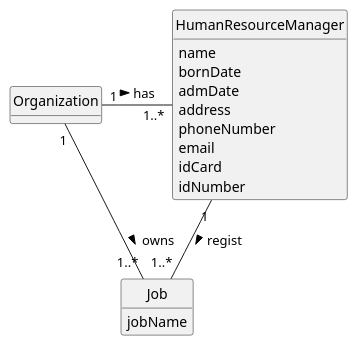
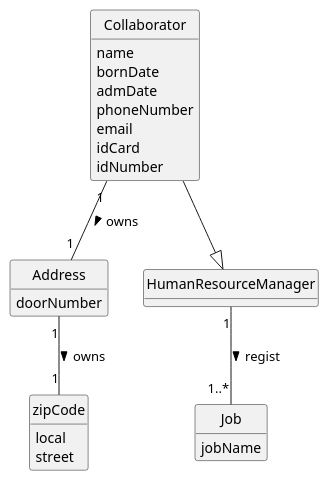
The diagram in docs/sprint2/us002/02.analysis/puml/us002-domain-model.puml (1231360-ISEP/lei-24-s2-1db-g021), drawn with PlantUML before and after one commit. The commit also changed 1 other file, not shown here.

```diff
--- a/docs/sprint2/us002/02.analysis/puml/us002-domain-model.puml
+++ b/docs/sprint2/us002/02.analysis/puml/us002-domain-model.puml
@@ -1,32 +1,43 @@
 @startuml
 skinparam monochrome true
 skinparam packageStyle rectangle
 skinparam shadowing false
 
 skinparam classAttributeIconSize 0
 
 hide circle
 hide methods
 
-class Organization {
-}
-
-class HumanResourceManager {
+class Collaborator {
     name
     bornDate
     admDate
-    address
     phoneNumber
     email
     idCard
     idNumber
 }
 
+class Address {
+    doorNumber
+}
+
+class zipCode {
+    local
+    street
+}
+
+class HumanResourceManager {}
+
 class Job {
     jobName
 }
 
-Organization "1" - "1..*" HumanResourceManager: has >
+
+Collaborator --|> HumanResourceManager
+'Collaborator "1..*" - "1" Job: assigned to <
 HumanResourceManager "1" -- "1..*" Job : regist >
-Organization "1" - "1..*" Job: owns >
+Collaborator "1" -- "1" Address: owns >
+Address "1" -- "1" zipCode : owns >
+
 @enduml
```
